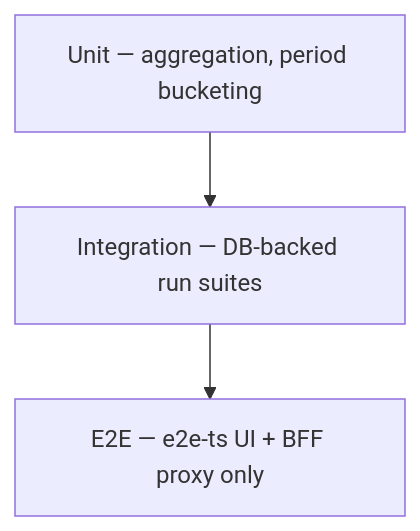
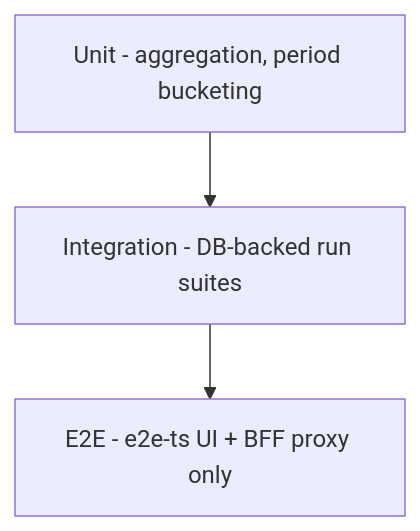
One commit to commerce8/bill8-site changed the sixth of 6 diagrams in docs/products/reporting/design.md. Above: the diagram before and after it, drawn with Mermaid. The commit also changed other lines of this file and 45 other files, not shown here.

````diff
--- a/docs/products/reporting/design.md
+++ b/docs/products/reporting/design.md
@@ -117,5 +117,5 @@
 ```mermaid
 graph TD
-    U["Unit — aggregation, period bucketing"] --> I["Integration — DB-backed run suites"]
-    I --> E["E2E — e2e-ts UI + BFF proxy only"]
+    U["Unit - aggregation, period bucketing"] --> I["Integration - DB-backed run suites"]
+    I --> E["E2E - e2e-ts UI + BFF proxy only"]
 ```
````
